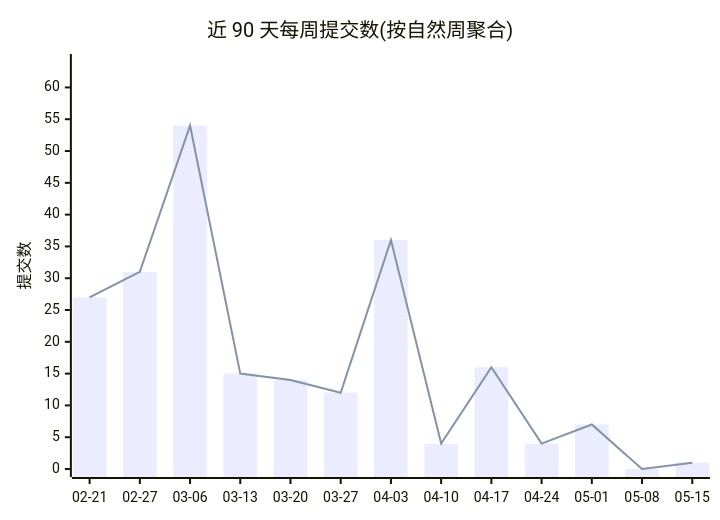
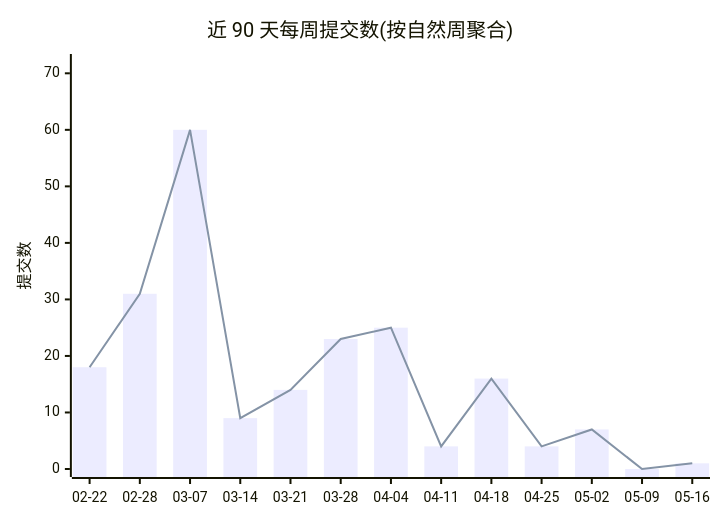
Before and after one commit to Conflux-Union/.github: the first of 2 diagrams in profile/README.md, drawn with Mermaid. The commit also changed other lines of this file and 1 other file, not shown here.

Commit message:
chore(stats): refresh org commit stats

````diff
--- a/profile/README.md
+++ b/profile/README.md
@@ -44,8 +44,8 @@
 ```mermaid
 xychart-beta
     title "近 90 天每周提交数(按自然周聚合)"
-    x-axis ["02-21", "02-27", "03-06", "03-13", "03-20", "03-27", "04-03", "04-10", "04-17", "04-24", "05-01", "05-08", "05-15"]
-    y-axis "提交数" 0 --> 64
-    bar [27, 31, 54, 15, 14, 12, 36, 4, 16, 4, 7, 0, 1]
-    line [27, 31, 54, 15, 14, 12, 36, 4, 16, 4, 7, 0, 1]
+    x-axis ["02-22", "02-28", "03-07", "03-14", "03-21", "03-28", "04-04", "04-11", "04-18", "04-25", "05-02", "05-09", "05-16"]
+    y-axis "提交数" 0 --> 72
+    bar [18, 31, 60, 9, 14, 23, 25, 4, 16, 4, 7, 0, 1]
+    line [18, 31, 60, 9, 14, 23, 25, 4, 16, 4, 7, 0, 1]
 ```
````
